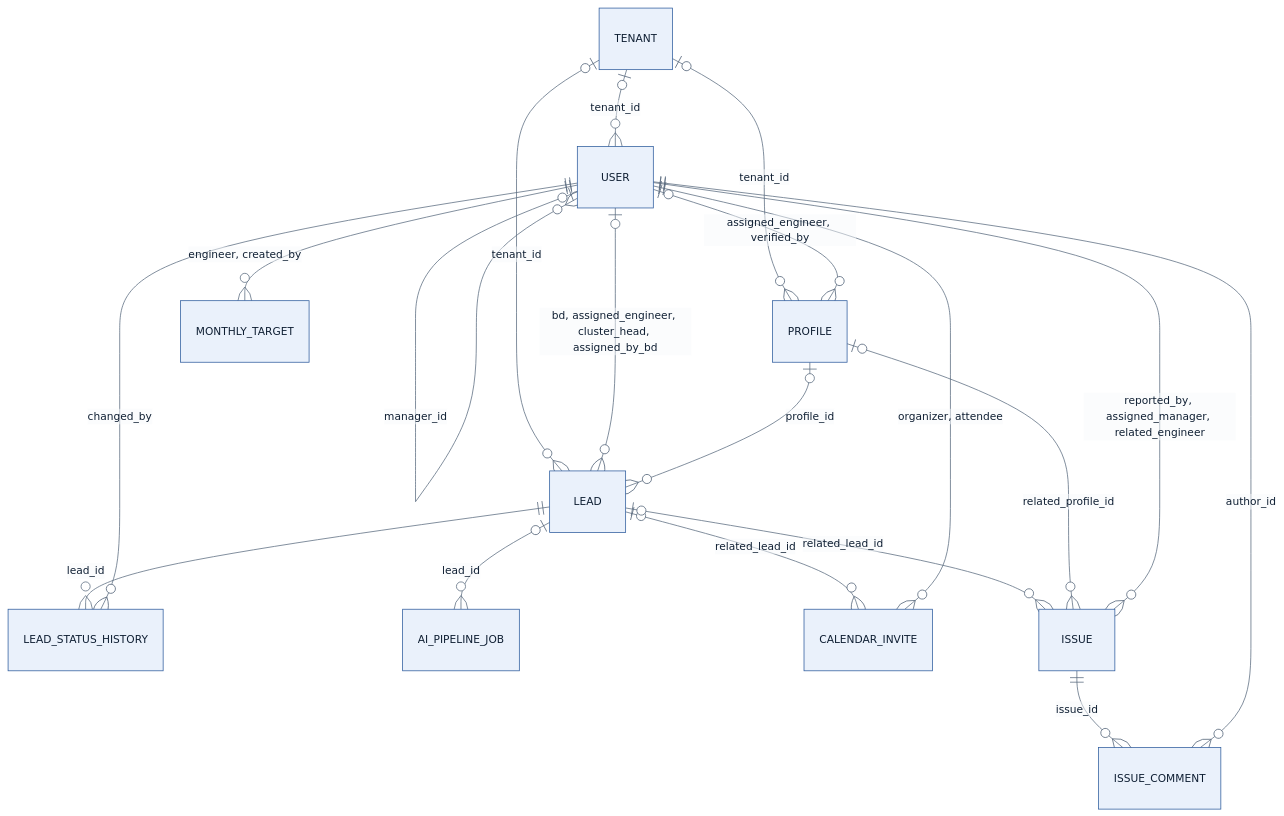
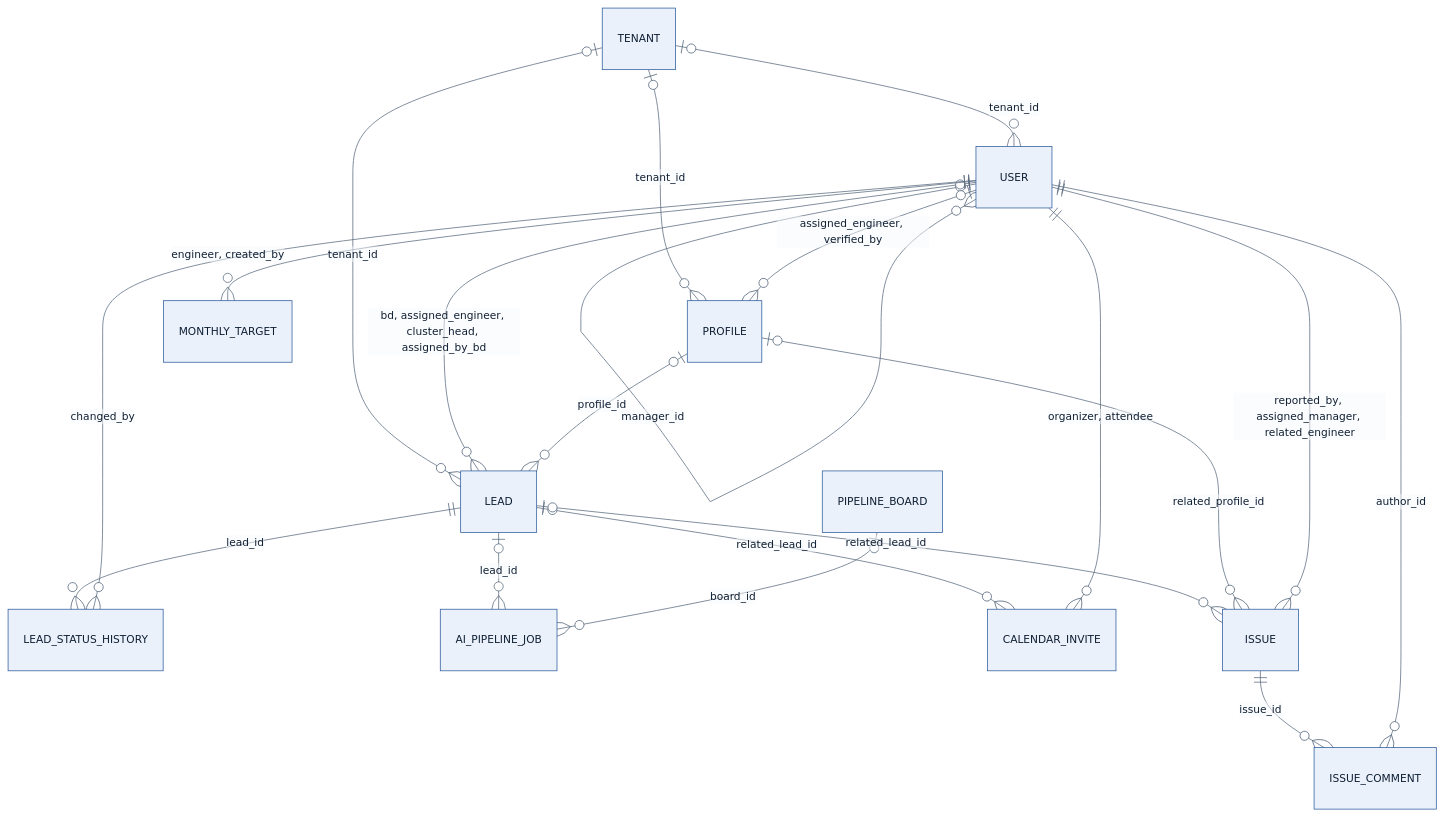
The fourth of 8 diagrams in docs/ARCHITECTURE.md (saimm97/lead-management-system), drawn with Mermaid before and after one commit. The commit also changed other lines of this file and 7 other files, not shown here.

Commit message:
test(pipeline): eligibility, adapters and ingest tests; update architecture docs

````diff
--- a/docs/ARCHITECTURE.md
+++ b/docs/ARCHITECTURE.md
@@ -146,22 +146,23 @@
 ```mermaid
 %%{init: {'theme':'base','themeVariables':{'fontFamily':'Arial, Helvetica, sans-serif','fontSize':'14px','primaryColor':'#EAF1FB','primaryBorderColor':'#2F5D9E','primaryTextColor':'#0F1F33','secondaryColor':'#F3F5F8','tertiaryColor':'#F7F9FC','lineColor':'#5B6B7F','textColor':'#0F1F33','clusterBkg':'#F6F8FB','clusterBorder':'#C3CDDA','edgeLabelBackground':'#FFFFFF','actorBkg':'#EAF1FB','actorBorder':'#2F5D9E','actorTextColor':'#0F1F33','actorLineColor':'#9AA8BA','signalColor':'#3B4A5E','signalTextColor':'#0F1F33','labelBoxBkgColor':'#EAF1FB','labelBoxBorderColor':'#2F5D9E','noteBkgColor':'#F3F5F8','noteBorderColor':'#9AA8BA','activationBkgColor':'#DCE7F7','sequenceNumberColor':'#FFFFFF','attributeBackgroundColorOdd':'#F6F8FB','attributeBackgroundColorEven':'#FFFFFF'},'flowchart':{'curve':'basis','padding':12}}}%%
 erDiagram
 TENANT |o--o{ USER : "tenant_id"
 TENANT |o--o{ LEAD : "tenant_id"
 TENANT |o--o{ PROFILE : "tenant_id"
 USER |o--o{ USER : "manager_id"
 USER |o--o{ LEAD : "bd, assigned_engineer, cluster_head, assigned_by_bd"
 USER |o--o{ PROFILE : "assigned_engineer, verified_by"
 PROFILE |o--o{ LEAD : "profile_id"
 LEAD ||--o{ LEAD_STATUS_HISTORY : "lead_id"
 USER ||--o{ LEAD_STATUS_HISTORY : "changed_by"
 LEAD |o--o{ AI_PIPELINE_JOB : "lead_id"
+PIPELINE_BOARD |o--o{ AI_PIPELINE_JOB : "board_id"
 LEAD |o--o{ CALENDAR_INVITE : "related_lead_id"
 USER ||--o{ CALENDAR_INVITE : "organizer, attendee"
 USER ||--o{ MONTHLY_TARGET : "engineer, created_by"
 LEAD |o--o{ ISSUE : "related_lead_id"
 PROFILE |o--o{ ISSUE : "related_profile_id"
 USER ||--o{ ISSUE : "reported_by, assigned_manager, related_engineer"
 ISSUE ||--o{ ISSUE_COMMENT : "issue_id"
 USER ||--o{ ISSUE_COMMENT : "author_id"
 ```
````
